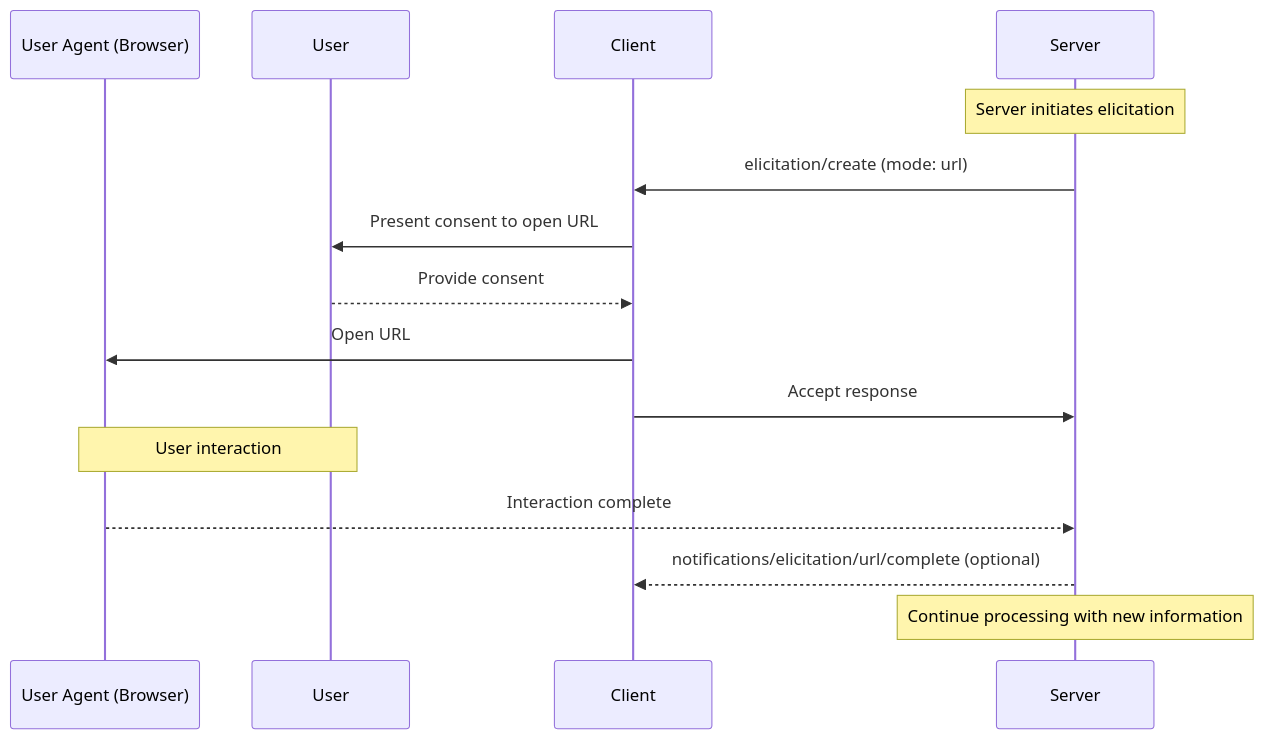
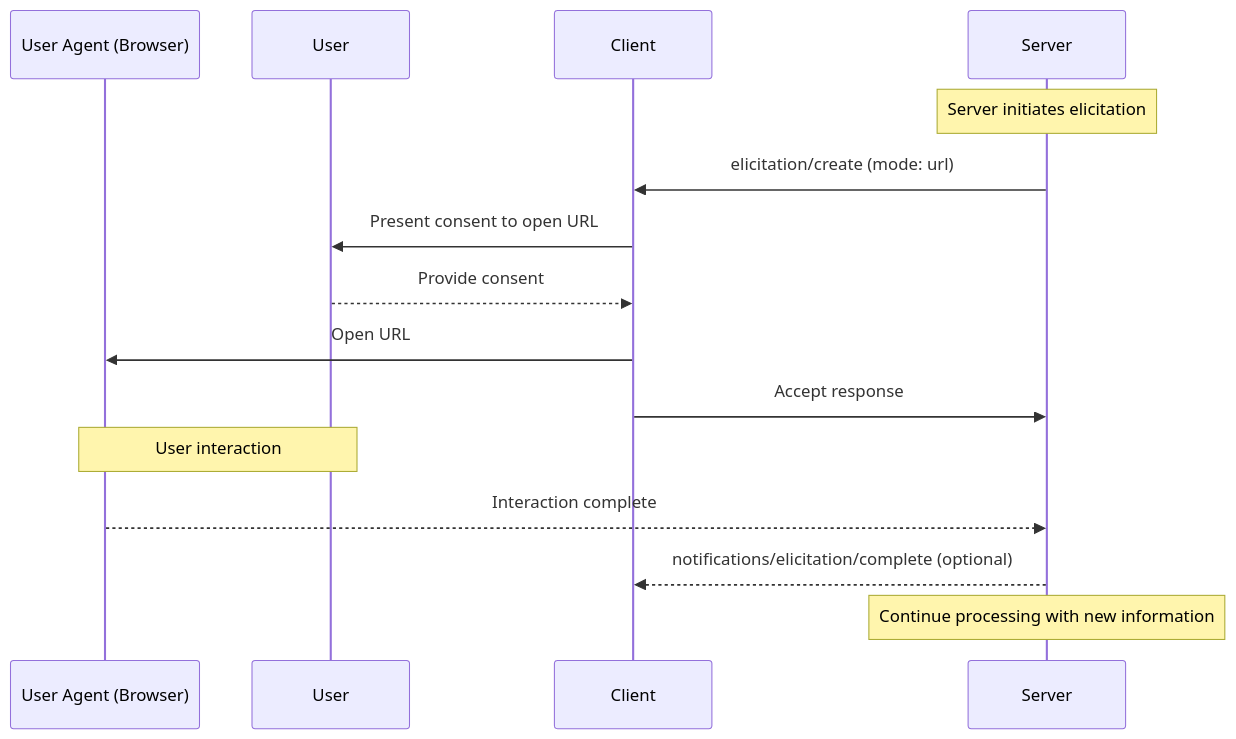
The second of 4 diagrams in docs/specification/draft/client/elicitation.mdx (modelcontextprotocol/modelcontextprotocol), drawn with Mermaid before and after one commit. The commit also changed other lines of this file and 3 other files, not shown here.

````diff
--- a/docs/specification/draft/client/elicitation.mdx
+++ b/docs/specification/draft/client/elicitation.mdx
@@ -411,22 +411,22 @@
 ```mermaid
 sequenceDiagram
     participant UserAgent as User Agent (Browser)
     participant User
     participant Client
     participant Server
 
     Note over Server: Server initiates elicitation
     Server->>Client: elicitation/create (mode: url)
 
     Client->>User: Present consent to open URL
     User-->>Client: Provide consent
 
     Client->>UserAgent: Open URL
     Client->>Server: Accept response
 
     Note over User,UserAgent: User interaction
     UserAgent-->>Server: Interaction complete
-    Server-->>Client: notifications/elicitation/url/complete (optional)
+    Server-->>Client: notifications/elicitation/complete (optional)
 
     Note over Server: Continue processing with new information
 ```
````
